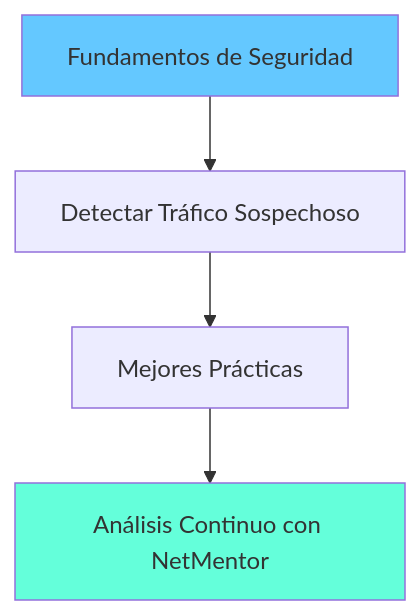
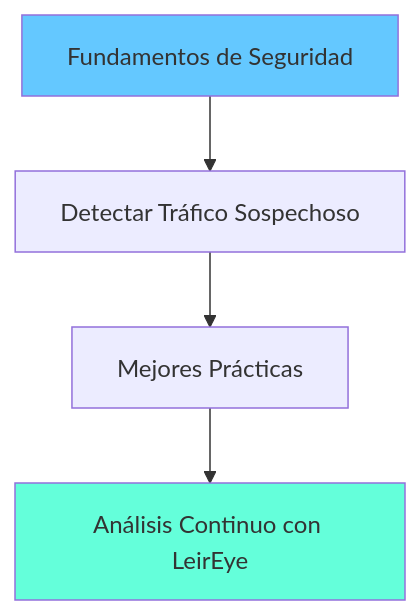
One commit to delacroixe/LeirEye changed the diagram in docs/concepts/security/index.md. Above: the diagram before and after it, drawn with Mermaid. The commit also changed other lines of this file and 52 other files, not shown here.

First line of the commit message:
🔄 Rename project: NetMentor → LeirEye

````diff
--- a/docs/concepts/security/index.md
+++ b/docs/concepts/security/index.md
@@ -46,9 +46,9 @@
 ```mermaid
 flowchart TD
     A[Fundamentos de Seguridad] --> B[Detectar Tráfico Sospechoso]
     B --> C[Mejores Prácticas]
-    C --> D[Análisis Continuo con NetMentor]
+    C --> D[Análisis Continuo con LeirEye]
     
     style A fill:#64c8ff
     style D fill:#64ffda
 ```
````
